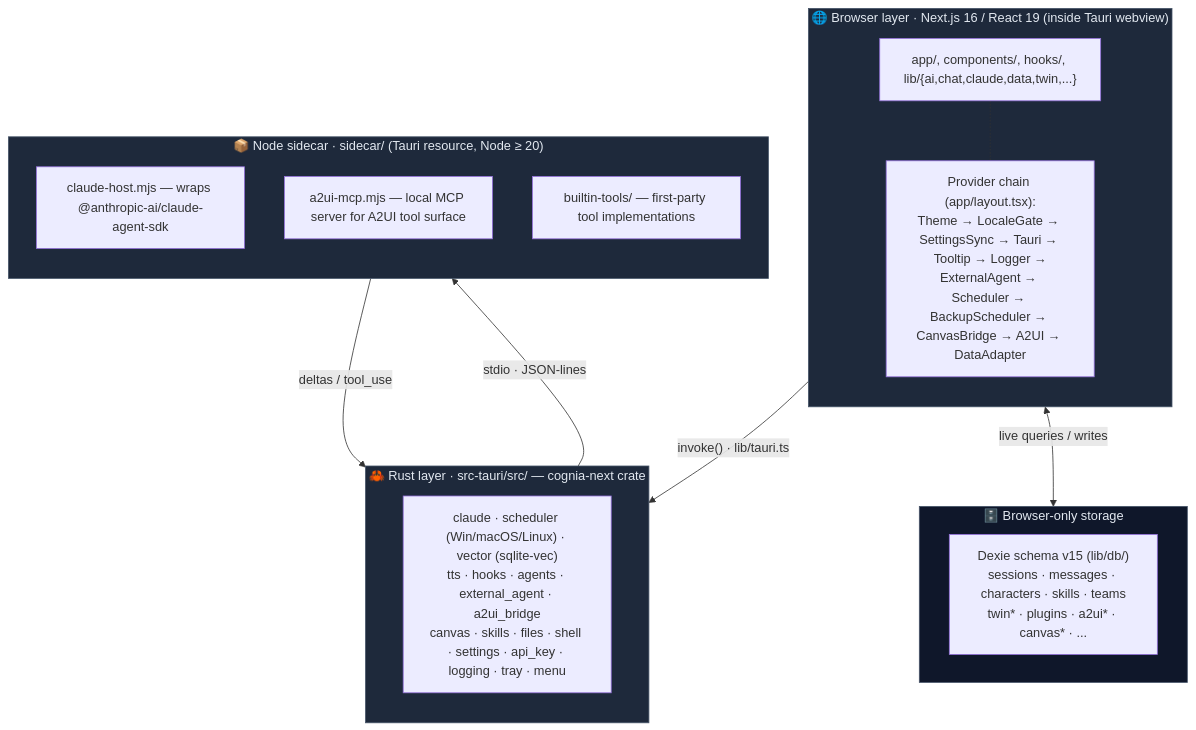
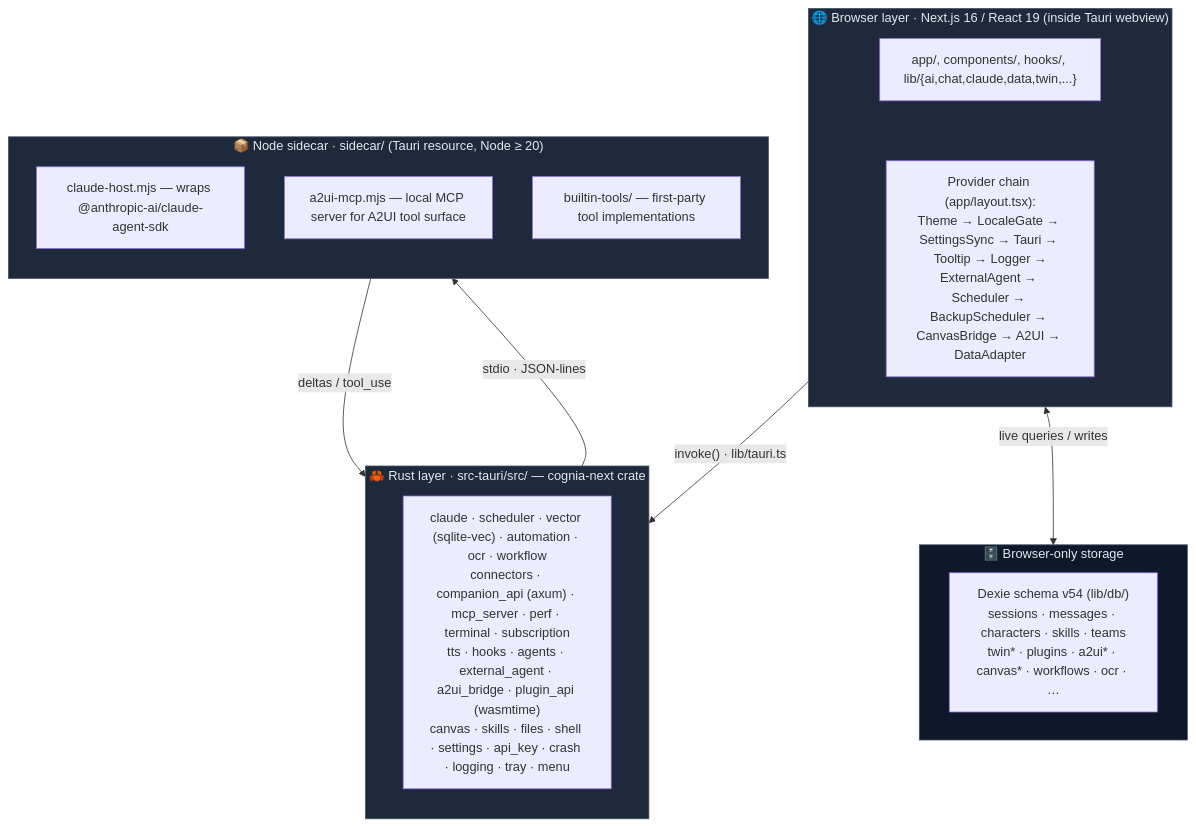
One commit to MaxQian888/cognia-next changed the diagram in docs/content/docs/en/core/architecture.mdx. Above: the diagram before and after it, drawn with Mermaid. The commit also changed other lines of this file and 359 other files, not shown here.

First line of the commit message:
feat: agent-trace observability, plugin CLI bridge, connector quick commands & skill bundles

````diff
--- a/docs/content/docs/en/core/architecture.mdx
+++ b/docs/content/docs/en/core/architecture.mdx
@@ -10,35 +10,35 @@
 ```mermaid
 flowchart TB
   subgraph Browser["🌐 Browser layer · Next.js 16 / React 19 (inside Tauri webview)"]
     direction TB
     Routes["app/, components/, hooks/, lib/{ai,chat,claude,data,twin,...}"]
     Providers["Provider chain (app/layout.tsx):<br/>Theme → LocaleGate → SettingsSync → Tauri → Tooltip → Logger →<br/>ExternalAgent → Scheduler → BackupScheduler → CanvasBridge → A2UI → DataAdapter"]
     Routes -.- Providers
   end
 
   subgraph Storage["🗄️ Browser-only storage"]
-    Dexie["Dexie schema v15 (lib/db/)<br/>sessions · messages · characters · skills · teams<br/>twin* · plugins · a2ui* · canvas* · ..."]
+    Dexie["Dexie schema v54 (lib/db/)<br/>sessions · messages · characters · skills · teams<br/>twin* · plugins · a2ui* · canvas* · workflows · ocr · …"]
   end
 
   subgraph Rust["🦀 Rust layer · src-tauri/src/ — cognia-next crate"]
     direction TB
-    RustMods["claude · scheduler (Win/macOS/Linux) · vector (sqlite-vec)<br/>tts · hooks · agents · external_agent · a2ui_bridge<br/>canvas · skills · files · shell · settings · api_key · logging · tray · menu"]
+    RustMods["claude · scheduler · vector (sqlite-vec) · automation · ocr · workflow<br/>connectors · companion_api (axum) · mcp_server · perf · terminal · subscription<br/>tts · hooks · agents · external_agent · a2ui_bridge · plugin_api (wasmtime)<br/>canvas · skills · files · shell · settings · api_key · crash · logging · tray · menu"]
   end
 
   subgraph Sidecar["📦 Node sidecar · sidecar/ (Tauri resource, Node ≥ 20)"]
     direction TB
     Host["claude-host.mjs — wraps @anthropic-ai/claude-agent-sdk"]
     A2UI["a2ui-mcp.mjs — local MCP server for A2UI tool surface"]
     Tools["builtin-tools/ — first-party tool implementations"]
   end
 
   Browser -- "invoke() · lib/tauri.ts" --> Rust
   Browser <-- "live queries / writes" --> Storage
   Rust -- "stdio · JSON-lines" --> Sidecar
   Sidecar -- "deltas / tool_use" --> Rust
 
   classDef layer fill:#1e293b,stroke:#475569,color:#e2e8f0
   classDef storage fill:#0f172a,stroke:#475569,color:#e2e8f0
   class Browser,Rust,Sidecar layer
   class Storage storage
 ```
````
